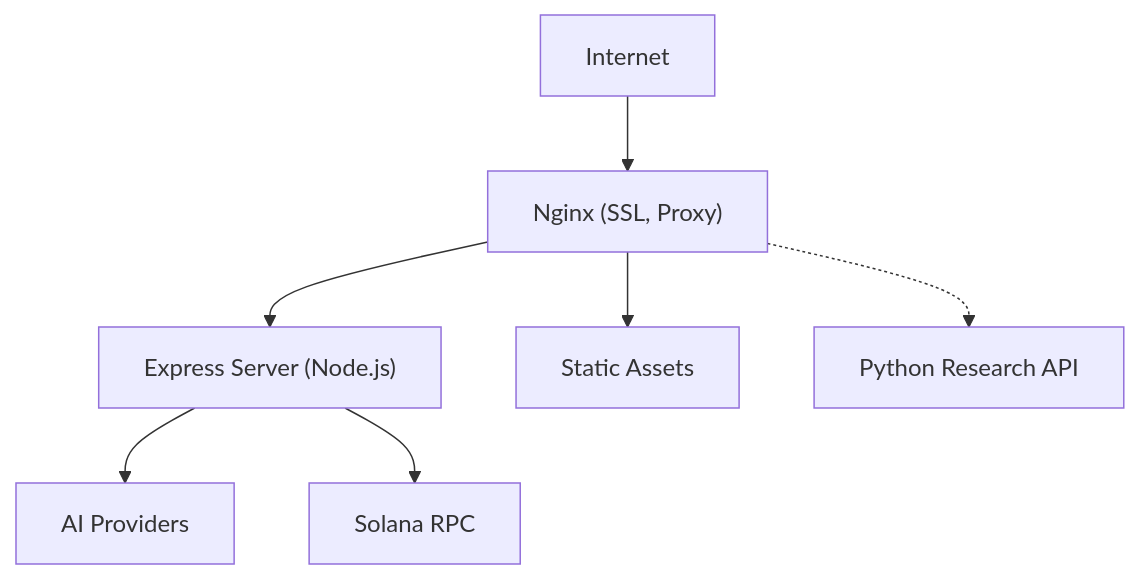
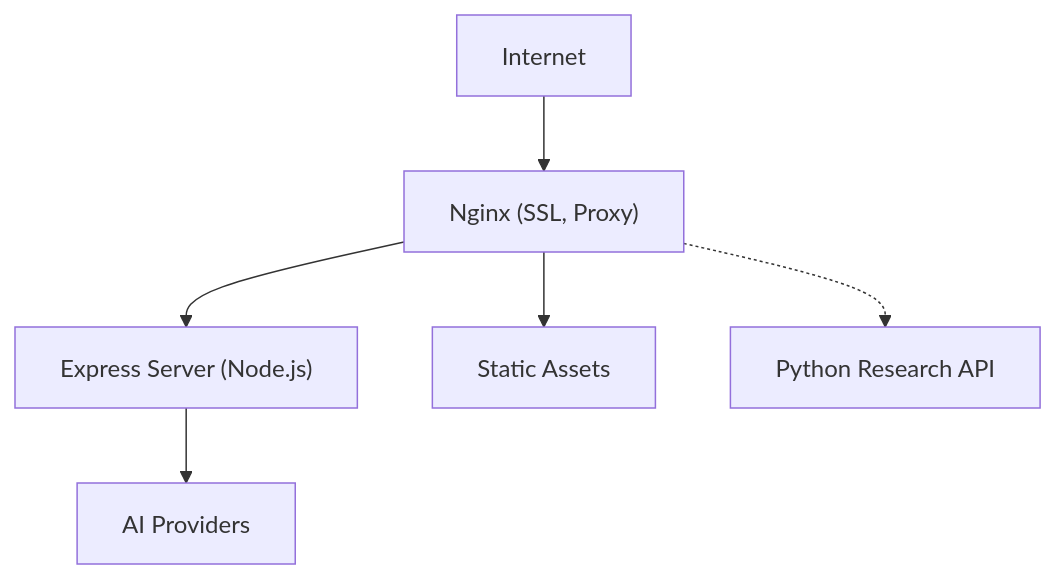
One commit to RunTimeAdmin/tri-ai changed the tenth of 10 diagrams in .qoder/repowiki/en/content/System Architecture/System Architecture.md. Above: the diagram before and after it, drawn with Mermaid. The commit also changed other lines of this file and 46 other files, not shown here.

````diff
--- a/.qoder/repowiki/en/content/System Architecture/System Architecture.md
+++ b/.qoder/repowiki/en/content/System Architecture/System Architecture.md
@@ -468,9 +397,8 @@
 ```mermaid
 graph TB
 Internet["Internet"] --> Nginx["Nginx (SSL, Proxy)"]
 Nginx --> Express["Express Server (Node.js)"]
 Express --> Providers["AI Providers"]
-Express --> SolanaRPC["Solana RPC"]
 Nginx --> Static["Static Assets"]
 Nginx -.-> Research["Python Research API"]
 ```
````
